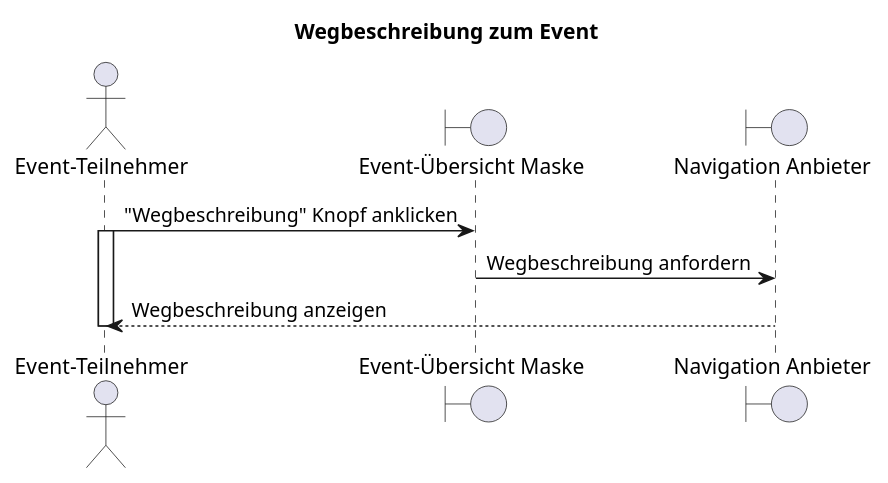
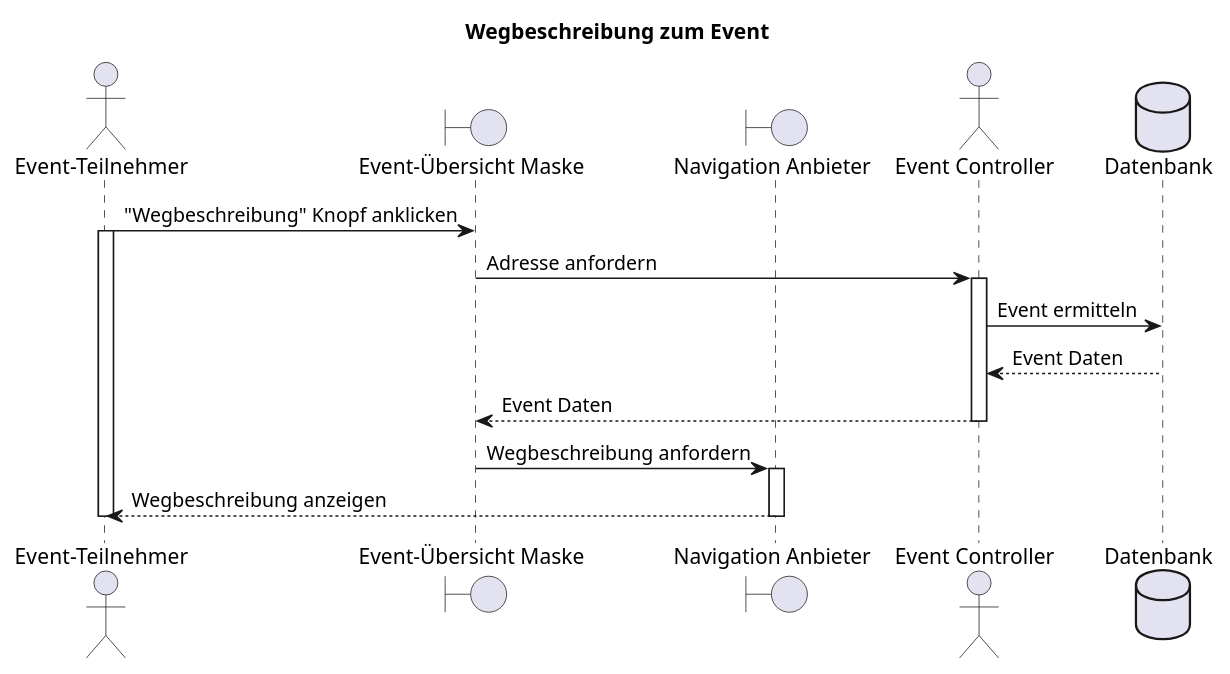
Before and after one commit to party-time-2/party-time: the diagram in docs/F018/F018_WegbeschreibungZumEvent_seq.plantuml, drawn with PlantUML. The commit also changed 5 other files, not shown here.

Commit message:
F018 diagrams edit

```diff
--- a/docs/F018/F018_WegbeschreibungZumEvent_seq.plantuml
+++ b/docs/F018/F018_WegbeschreibungZumEvent_seq.plantuml
@@ -1,13 +1,24 @@
 @startuml F018_WegbeschreibungZumEvent_seq
 title "Wegbeschreibung zum Event"
 
 actor "Event-Teilnehmer" as user
 boundary "Event-Übersicht Maske" as eventMask
 boundary "Navigation Anbieter" as navProvider
+actor "Event Controller" as eventController
+database "Datenbank" as db
+
 
 user -> eventMask: "Wegbeschreibung" Knopf anklicken
 activate user
+eventMask -> eventController: Adresse anfordern
+activate eventController
+eventController -> db: Event ermitteln
+eventController <-- db: Event Daten
+eventMask <-- eventController: Event Daten
+deactivate eventController
 eventMask -> navProvider: Wegbeschreibung anfordern
+activate navProvider
 user <-- navProvider: Wegbeschreibung anzeigen
+deactivate navProvider
 deactivate user
 @enduml
```
